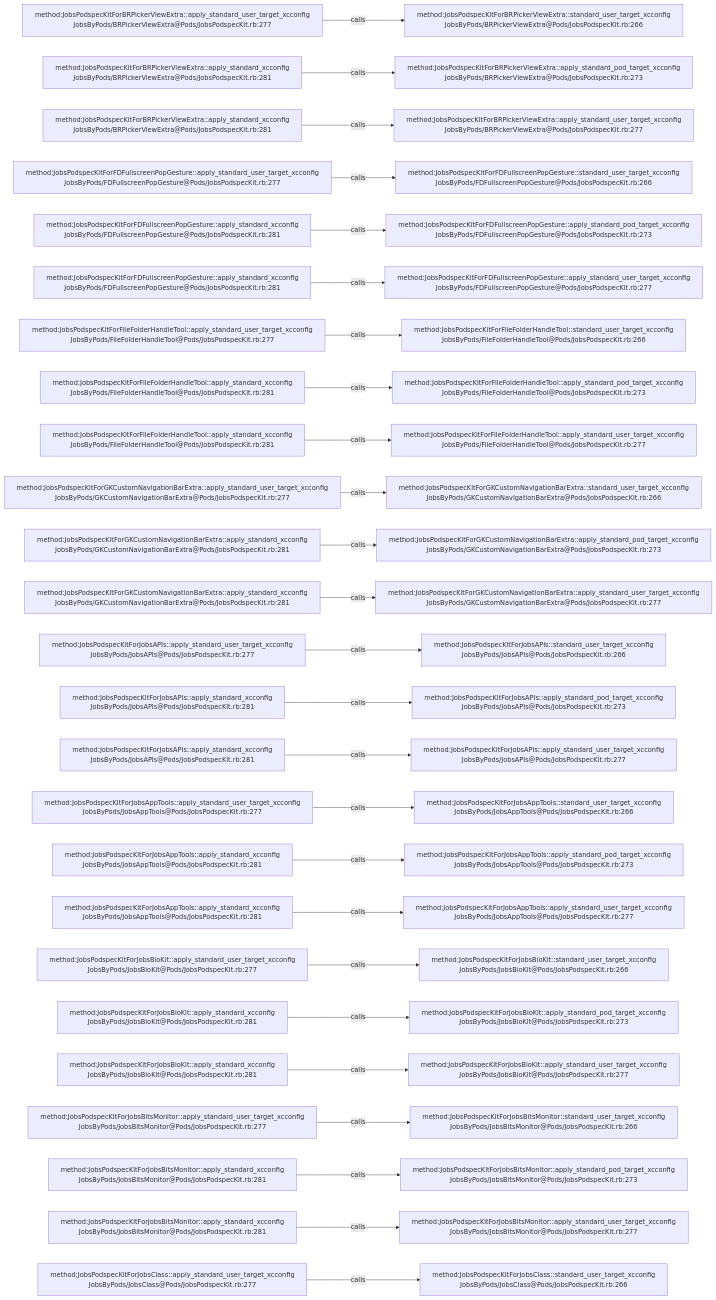
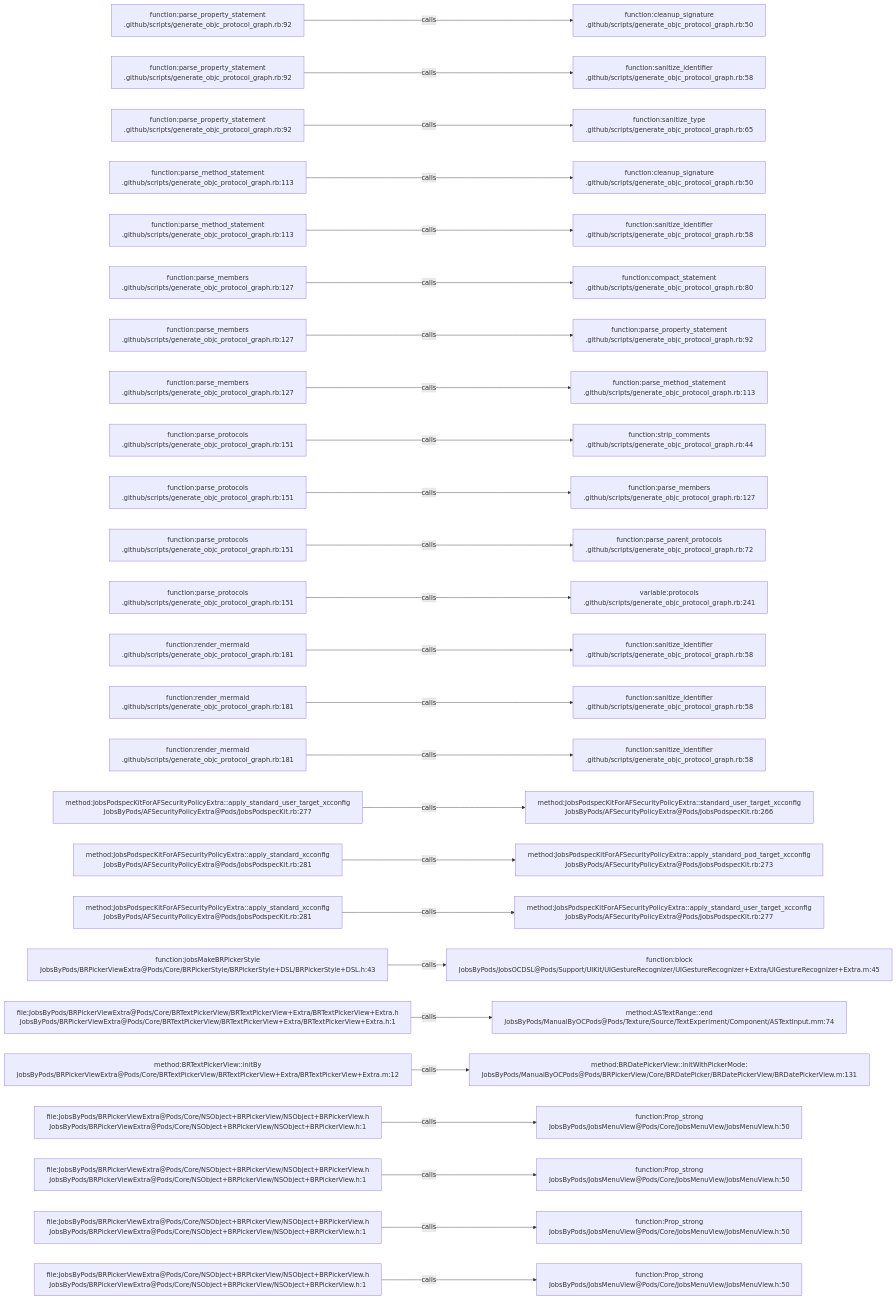
One commit to JobsKits/JobsOCBaseConfigDemo changed the diagram in .codegraph/codegraph.md/graphs/calls-001.md. Above: the diagram before and after it, drawn with Mermaid. The commit also changed 768 other files, not shown here.

````diff
--- a/.codegraph/codegraph.md/graphs/calls-001.md
+++ b/.codegraph/codegraph.md/graphs/calls-001.md
@@ -13,78 +13,78 @@
 ```mermaid
 flowchart LR
-  S1["method:JobsPodspecKitForBRPickerViewExtra::apply_standard_user_target_xcconfig<br/>JobsByPods/BRPickerViewExtra@Pods/JobsPodspecKit.rb:277"]
-  T1["method:JobsPodspecKitForBRPickerViewExtra::standard_user_target_xcconfig<br/>JobsByPods/BRPickerViewExtra@Pods/JobsPodspecKit.rb:266"]
+  S1["function:parse_property_statement<br/>.github/scripts/generate_objc_protocol_graph.rb:92"]
+  T1["function:cleanup_signature<br/>.github/scripts/generate_objc_protocol_graph.rb:50"]
   S1 -->|calls| T1
-  S2["method:JobsPodspecKitForBRPickerViewExtra::apply_standard_xcconfig<br/>JobsByPods/BRPickerViewExtra@Pods/JobsPodspecKit.rb:281"]
-  T2["method:JobsPodspecKitForBRPickerViewExtra::apply_standard_pod_target_xcconfig<br/>JobsByPods/BRPickerViewExtra@Pods/JobsPodspecKit.rb:273"]
+  S2["function:parse_property_statement<br/>.github/scripts/generate_objc_protocol_graph.rb:92"]
+  T2["function:sanitize_identifier<br/>.github/scripts/generate_objc_protocol_graph.rb:58"]
   S2 -->|calls| T2
-  S3["method:JobsPodspecKitForBRPickerViewExtra::apply_standard_xcconfig<br/>JobsByPods/BRPickerViewExtra@Pods/JobsPodspecKit.rb:281"]
-  T3["method:JobsPodspecKitForBRPickerViewExtra::apply_standard_user_target_xcconfig<br/>JobsByPods/BRPickerViewExtra@Pods/JobsPodspecKit.rb:277"]
+  S3["function:parse_property_statement<br/>.github/scripts/generate_objc_protocol_graph.rb:92"]
+  T3["function:sanitize_type<br/>.github/scripts/generate_objc_protocol_graph.rb:65"]
   S3 -->|calls| T3
-  S4["method:JobsPodspecKitForFDFullscreenPopGesture::apply_standard_user_target_xcconfig<br/>JobsByPods/FDFullscreenPopGesture@Pods/JobsPodspecKit.rb:277"]
-  T4["method:JobsPodspecKitForFDFullscreenPopGesture::standard_user_target_xcconfig<br/>JobsByPods/FDFullscreenPopGesture@Pods/JobsPodspecKit.rb:266"]
+  S4["function:parse_method_statement<br/>.github/scripts/generate_objc_protocol_graph.rb:113"]
+  T4["function:cleanup_signature<br/>.github/scripts/generate_objc_protocol_graph.rb:50"]
   S4 -->|calls| T4
-  S5["method:JobsPodspecKitForFDFullscreenPopGesture::apply_standard_xcconfig<br/>JobsByPods/FDFullscreenPopGesture@Pods/JobsPodspecKit.rb:281"]
-  T5["method:JobsPodspecKitForFDFullscreenPopGesture::apply_standard_pod_target_xcconfig<br/>JobsByPods/FDFullscreenPopGesture@Pods/JobsPodspecKit.rb:273"]
+  S5["function:parse_method_statement<br/>.github/scripts/generate_objc_protocol_graph.rb:113"]
+  T5["function:sanitize_identifier<br/>.github/scripts/generate_objc_protocol_graph.rb:58"]
   S5 -->|calls| T5
-  S6["method:JobsPodspecKitForFDFullscreenPopGesture::apply_standard_xcconfig<br/>JobsByPods/FDFullscreenPopGesture@Pods/JobsPodspecKit.rb:281"]
-  T6["method:JobsPodspecKitForFDFullscreenPopGesture::apply_standard_user_target_xcconfig<br/>JobsByPods/FDFullscreenPopGesture@Pods/JobsPodspecKit.rb:277"]
+  S6["function:parse_members<br/>.github/scripts/generate_objc_protocol_graph.rb:127"]
+  T6["function:compact_statement<br/>.github/scripts/generate_objc_protocol_graph.rb:80"]
   S6 -->|calls| T6
-  S7["method:JobsPodspecKitForFileFolderHandleTool::apply_standard_user_target_xcconfig<br/>JobsByPods/FileFolderHandleTool@Pods/JobsPodspecKit.rb:277"]
-  T7["method:JobsPodspecKitForFileFolderHandleTool::standard_user_target_xcconfig<br/>JobsByPods/FileFolderHandleTool@Pods/JobsPodspecKit.rb:266"]
+  S7["function:parse_members<br/>.github/scripts/generate_objc_protocol_graph.rb:127"]
+  T7["function:parse_property_statement<br/>.github/scripts/generate_objc_protocol_graph.rb:92"]
   S7 -->|calls| T7
-  S8["method:JobsPodspecKitForFileFolderHandleTool::apply_standard_xcconfig<br/>JobsByPods/FileFolderHandleTool@Pods/JobsPodspecKit.rb:281"]
-  T8["method:JobsPodspecKitForFileFolderHandleTool::apply_standard_pod_target_xcconfig<br/>JobsByPods/FileFolderHandleTool@Pods/JobsPodspecKit.rb:273"]
+  S8["function:parse_members<br/>.github/scripts/generate_objc_protocol_graph.rb:127"]
+  T8["function:parse_method_statement<br/>.github/scripts/generate_objc_protocol_graph.rb:113"]
   S8 -->|calls| T8
-  S9["method:JobsPodspecKitForFileFolderHandleTool::apply_standard_xcconfig<br/>JobsByPods/FileFolderHandleTool@Pods/JobsPodspecKit.rb:281"]
-  T9["method:JobsPodspecKitForFileFolderHandleTool::apply_standard_user_target_xcconfig<br/>JobsByPods/FileFolderHandleTool@Pods/JobsPodspecKit.rb:277"]
+  S9["function:parse_protocols<br/>.github/scripts/generate_objc_protocol_graph.rb:151"]
+  T9["function:strip_comments<br/>.github/scripts/generate_objc_protocol_graph.rb:44"]
   S9 -->|calls| T9
-  S10["method:JobsPodspecKitForGKCustomNavigationBarExtra::apply_standard_user_target_xcconfig<br/>JobsByPods/GKCustomNavigationBarExtra@Pods/JobsPodspecKit.rb:277"]
-  T10["method:JobsPodspecKitForGKCustomNavigationBarExtra::standard_user_target_xcconfig<br/>JobsByPods/GKCustomNavigationBarExtra@Pods/JobsPodspecKit.rb:266"]
+  S10["function:parse_protocols<br/>.github/scripts/generate_objc_protocol_graph.rb:151"]
+  T10["function:parse_members<br/>.github/scripts/generate_objc_protocol_graph.rb:127"]
   S10 -->|calls| T10
-  S11["method:JobsPodspecKitForGKCustomNavigationBarExtra::apply_standard_xcconfig<br/>JobsByPods/GKCustomNavigationBarExtra@Pods/JobsPodspecKit.rb:281"]
-  T11["method:JobsPodspecKitForGKCustomNavigationBarExtra::apply_standard_pod_target_xcconfig<br/>JobsByPods/GKCustomNavigationBarExtra@Pods/JobsPodspecKit.rb:273"]
+  S11["function:parse_protocols<br/>.github/scripts/generate_objc_protocol_graph.rb:151"]
+  T11["function:parse_parent_protocols<br/>.github/scripts/generate_objc_protocol_graph.rb:72"]
   S11 -->|calls| T11
-  S12["method:JobsPodspecKitForGKCustomNavigationBarExtra::apply_standard_xcconfig<br/>JobsByPods/GKCustomNavigationBarExtra@Pods/JobsPodspecKit.rb:281"]
-  T12["method:JobsPodspecKitForGKCustomNavigationBarExtra::apply_standard_user_target_xcconfig<br/>JobsByPods/GKCustomNavigationBarExtra@Pods/JobsPodspecKit.rb:277"]
+  S12["function:parse_protocols<br/>.github/scripts/generate_objc_protocol_graph.rb:151"]
+  T12["variable:protocols<br/>.github/scripts/generate_objc_protocol_graph.rb:241"]
   S12 -->|calls| T12
-  S13["method:JobsPodspecKitForJobsAPIs::apply_standard_user_target_xcconfig<br/>JobsByPods/JobsAPIs@Pods/JobsPodspecKit.rb:277"]
-  T13["method:JobsPodspecKitForJobsAPIs::standard_user_target_xcconfig<br/>JobsByPods/JobsAPIs@Pods/JobsPodspecKit.rb:266"]
+  S13["function:render_mermaid<br/>.github/scripts/generate_objc_protocol_graph.rb:181"]
+  T13["function:sanitize_identifier<br/>.github/scripts/generate_objc_protocol_graph.rb:58"]
   S13 -->|calls| T13
-  S14["method:JobsPodspecKitForJobsAPIs::apply_standard_xcconfig<br/>JobsByPods/JobsAPIs@Pods/JobsPodspecKit.rb:281"]
-  T14["method:JobsPodspecKitForJobsAPIs::apply_standard_pod_target_xcconfig<br/>JobsByPods/JobsAPIs@Pods/JobsPodspecKit.rb:273"]
+  S14["function:render_mermaid<br/>.github/scripts/generate_objc_protocol_graph.rb:181"]
+  T14["function:sanitize_identifier<br/>.github/scripts/generate_objc_protocol_graph.rb:58"]
   S14 -->|calls| T14
-  S15["method:JobsPodspecKitForJobsAPIs::apply_standard_xcconfig<br/>JobsByPods/JobsAPIs@Pods/JobsPodspecKit.rb:281"]
-  T15["method:JobsPodspecKitForJobsAPIs::apply_standard_user_target_xcconfig<br/>JobsByPods/JobsAPIs@Pods/JobsPodspecKit.rb:277"]
+  S15["function:render_mermaid<br/>.github/scripts/generate_objc_protocol_graph.rb:181"]
+  T15["function:sanitize_identifier<br/>.github/scripts/generate_objc_protocol_graph.rb:58"]
   S15 -->|calls| T15
-  S16["method:JobsPodspecKitForJobsAppTools::apply_standard_user_target_xcconfig<br/>JobsByPods/JobsAppTools@Pods/JobsPodspecKit.rb:277"]
-  T16["method:JobsPodspecKitForJobsAppTools::standard_user_target_xcconfig<br/>JobsByPods/JobsAppTools@Pods/JobsPodspecKit.rb:266"]
+  S16["method:JobsPodspecKitForAFSecurityPolicyExtra::apply_standard_user_target_xcconfig<br/>JobsByPods/AFSecurityPolicyExtra@Pods/JobsPodspecKit.rb:277"]
+  T16["method:JobsPodspecKitForAFSecurityPolicyExtra::standard_user_target_xcconfig<br/>JobsByPods/AFSecurityPolicyExtra@Pods/JobsPodspecKit.rb:266"]
   S16 -->|calls| T16
-  S17["method:JobsPodspecKitForJobsAppTools::apply_standard_xcconfig<br/>JobsByPods/JobsAppTools@Pods/JobsPodspecKit.rb:281"]
-  T17["method:JobsPodspecKitForJobsAppTools::apply_standard_pod_target_xcconfig<br/>JobsByPods/JobsAppTools@Pods/JobsPodspecKit.rb:273"]
+  S17["method:JobsPodspecKitForAFSecurityPolicyExtra::apply_standard_xcconfig<br/>JobsByPods/AFSecurityPolicyExtra@Pods/JobsPodspecKit.rb:281"]
+  T17["method:JobsPodspecKitForAFSecurityPolicyExtra::apply_standard_pod_target_xcconfig<br/>JobsByPods/AFSecurityPolicyExtra@Pods/JobsPodspecKit.rb:273"]
   S17 -->|calls| T17
-  S18["method:JobsPodspecKitForJobsAppTools::apply_standard_xcconfig<br/>JobsByPods/JobsAppTools@Pods/JobsPodspecKit.rb:281"]
-  T18["method:JobsPodspecKitForJobsAppTools::apply_standard_user_target_xcconfig<br/>JobsByPods/JobsAppTools@Pods/JobsPodspecKit.rb:277"]
+  S18["method:JobsPodspecKitForAFSecurityPolicyExtra::apply_standard_xcconfig<br/>JobsByPods/AFSecurityPolicyExtra@Pods/JobsPodspecKit.rb:281"]
+  T18["method:JobsPodspecKitForAFSecurityPolicyExtra::apply_standard_user_target_xcconfig<br/>JobsByPods/AFSecurityPolicyExtra@Pods/JobsPodspecKit.rb:277"]
   S18 -->|calls| T18
-  S19["method:JobsPodspecKitForJobsBioKit::apply_standard_user_target_xcconfig<br/>JobsByPods/JobsBioKit@Pods/JobsPodspecKit.rb:277"]
-  T19["method:JobsPodspecKitForJobsBioKit::standard_user_target_xcconfig<br/>JobsByPods/JobsBioKit@Pods/JobsPodspecKit.rb:266"]
+  S19["function:jobsMakeBRPickerStyle<br/>JobsByPods/BRPickerViewExtra@Pods/Core/BRPickerStyle/BRPickerStyle+DSL/BRPickerStyle+DSL.h:43"]
+  T19["function:block<br/>JobsByPods/JobsOCDSL@Pods/Support/UIKit/UIGestureRecognizer/UIGestureRecognizer+Extra/UIGestureRecognizer+Extra.m:45"]
   S19 -->|calls| T19
-  S20["method:JobsPodspecKitForJobsBioKit::apply_standard_xcconfig<br/>JobsByPods/JobsBioKit@Pods/JobsPodspecKit.rb:281"]
-  T20["method:JobsPodspecKitForJobsBioKit::apply_standard_pod_target_xcconfig<br/>JobsByPods/JobsBioKit@Pods/JobsPodspecKit.rb:273"]
+  S20["file:JobsByPods/BRPickerViewExtra@Pods/Core/BRTextPickerView/BRTextPickerView+Extra/BRTextPickerView+Extra.h<br/>JobsByPods/BRPickerViewExtra@Pods/Core/BRTextPickerView/BRTextPickerView+Extra/BRTextPickerView+Extra.h:1"]
+  T20["method:ASTextRange::end<br/>JobsByPods/ManualByOCPods@Pods/Texture/Source/TextExperiment/Component/ASTextInput.mm:74"]
   S20 -->|calls| T20
-  S21["method:JobsPodspecKitForJobsBioKit::apply_standard_xcconfig<br/>JobsByPods/JobsBioKit@Pods/JobsPodspecKit.rb:281"]
-  T21["method:JobsPodspecKitForJobsBioKit::apply_standard_user_target_xcconfig<br/>JobsByPods/JobsBioKit@Pods/JobsPodspecKit.rb:277"]
+  S21["method:BRTextPickerView::initBy<br/>JobsByPods/BRPickerViewExtra@Pods/Core/BRTextPickerView/BRTextPickerView+Extra/BRTextPickerView+Extra.m:12"]
+  T21["method:BRDatePickerView::initWithPickerMode:<br/>JobsByPods/ManualByOCPods@Pods/BRPickerView/Core/BRDatePicker/BRDatePickerView/BRDatePickerView.m:131"]
   S21 -->|calls| T21
-  S22["method:JobsPodspecKitForJobsBitsMonitor::apply_standard_user_target_xcconfig<br/>JobsByPods/JobsBitsMonitor@Pods/JobsPodspecKit.rb:277"]
-  T22["method:JobsPodspecKitForJobsBitsMonitor::standard_user_target_xcconfig<br/>JobsByPods/JobsBitsMonitor@Pods/JobsPodspecKit.rb:266"]
+  S22["file:JobsByPods/BRPickerViewExtra@Pods/Core/NSObject+BRPickerView/NSObject+BRPickerView.h<br/>JobsByPods/BRPickerViewExtra@Pods/Core/NSObject+BRPickerView/NSObject+BRPickerView.h:1"]
+  T22["function:Prop_strong<br/>JobsByPods/JobsMenuView@Pods/Core/JobsMenuView/JobsMenuView.h:50"]
   S22 -->|calls| T22
-  S23["method:JobsPodspecKitForJobsBitsMonitor::apply_standard_xcconfig<br/>JobsByPods/JobsBitsMonitor@Pods/JobsPodspecKit.rb:281"]
-  T23["method:JobsPodspecKitForJobsBitsMonitor::apply_standard_pod_target_xcconfig<br/>JobsByPods/JobsBitsMonitor@Pods/JobsPodspecKit.rb:273"]
+  S23["file:JobsByPods/BRPickerViewExtra@Pods/Core/NSObject+BRPickerView/NSObject+BRPickerView.h<br/>JobsByPods/BRPickerViewExtra@Pods/Core/NSObject+BRPickerView/NSObject+BRPickerView.h:1"]
+  T23["function:Prop_strong<br/>JobsByPods/JobsMenuView@Pods/Core/JobsMenuView/JobsMenuView.h:50"]
   S23 -->|calls| T23
-  S24["method:JobsPodspecKitForJobsBitsMonitor::apply_standard_xcconfig<br/>JobsByPods/JobsBitsMonitor@Pods/JobsPodspecKit.rb:281"]
-  T24["method:JobsPodspecKitForJobsBitsMonitor::apply_standard_user_target_xcconfig<br/>JobsByPods/JobsBitsMonitor@Pods/JobsPodspecKit.rb:277"]
+  S24["file:JobsByPods/BRPickerViewExtra@Pods/Core/NSObject+BRPickerView/NSObject+BRPickerView.h<br/>JobsByPods/BRPickerViewExtra@Pods/Core/NSObject+BRPickerView/NSObject+BRPickerView.h:1"]
+  T24["function:Prop_strong<br/>JobsByPods/JobsMenuView@Pods/Core/JobsMenuView/JobsMenuView.h:50"]
   S24 -->|calls| T24
-  S25["method:JobsPodspecKitForJobsClass::apply_standard_user_target_xcconfig<br/>JobsByPods/JobsClass@Pods/JobsPodspecKit.rb:277"]
-  T25["method:JobsPodspecKitForJobsClass::standard_user_target_xcconfig<br/>JobsByPods/JobsClass@Pods/JobsPodspecKit.rb:266"]
+  S25["file:JobsByPods/BRPickerViewExtra@Pods/Core/NSObject+BRPickerView/NSObject+BRPickerView.h<br/>JobsByPods/BRPickerViewExtra@Pods/Core/NSObject+BRPickerView/NSObject+BRPickerView.h:1"]
+  T25["function:Prop_strong<br/>JobsByPods/JobsMenuView@Pods/Core/JobsMenuView/JobsMenuView.h:50"]
   S25 -->|calls| T25
 ```
````
